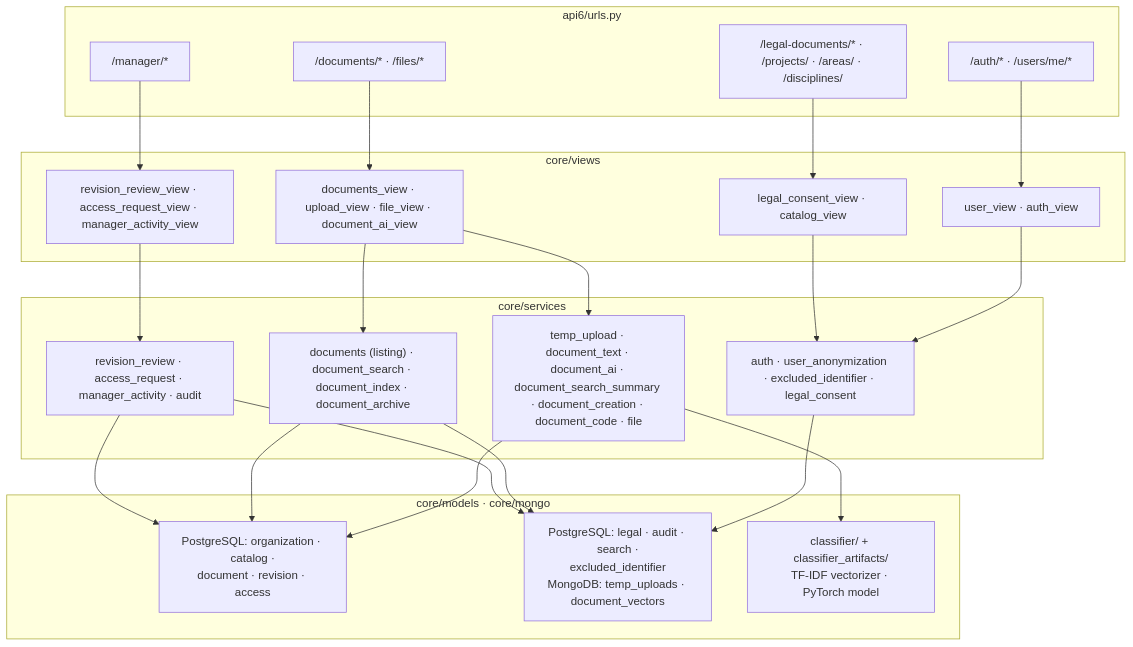
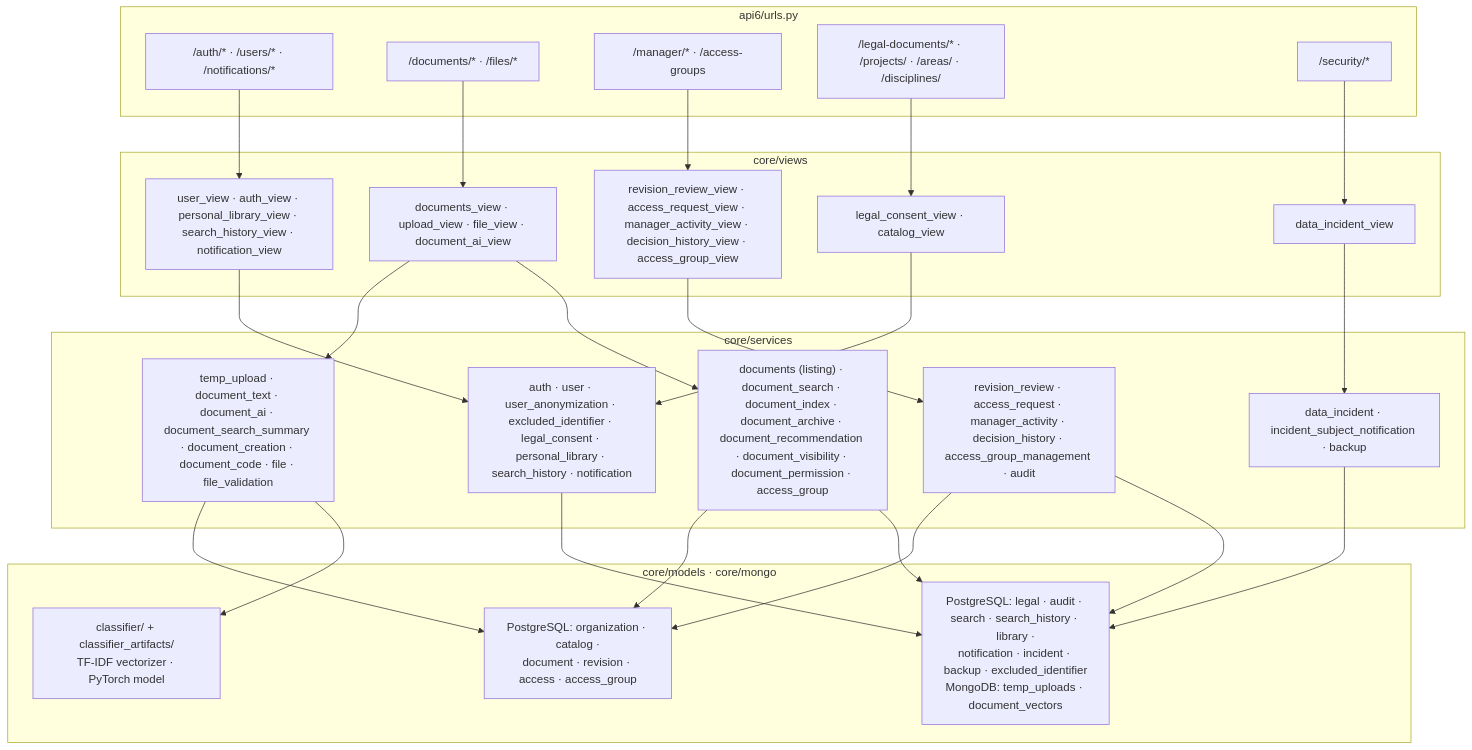
Before and after one commit to Pragma-Co/backend-indice: the diagram in docs/architecture/backend-modules.mmd, drawn with Mermaid. The commit also changed 8 other files, not shown here.

Commit message:
docs(#109): update architecture docs

```diff
--- a/docs/architecture/backend-modules.mmd
+++ b/docs/architecture/backend-modules.mmd
@@ -1,36 +1,41 @@
 flowchart TB
     subgraph Routes["api6/urls.py"]
-        R1["/auth/* · /users/me/*"]
+        R1["/auth/* · /users/* · /notifications/*"]
         R2["/documents/* · /files/*"]
-        R3["/manager/*"]
+        R3["/manager/* · /access-groups"]
         R4["/legal-documents/* · /projects/ · /areas/ · /disciplines/"]
+        R5["/security/*"]
     end
     subgraph ViewsLayer["core/views"]
-        V1["user_view · auth_view"]
+        V1["user_view · auth_view · personal_library_view · search_history_view · notification_view"]
         V2["documents_view · upload_view · file_view · document_ai_view"]
-        V3["revision_review_view · access_request_view · manager_activity_view"]
+        V3["revision_review_view · access_request_view · manager_activity_view · decision_history_view · access_group_view"]
         V4["legal_consent_view · catalog_view"]
+        V5["data_incident_view"]
     end
     subgraph ServicesLayer["core/services"]
-        S1["auth · user_anonymization · excluded_identifier · legal_consent"]
-        S2["temp_upload · document_text · document_ai · document_search_summary · document_creation · document_code · file"]
-        S3["documents (listing) · document_search · document_index · document_archive"]
-        S4["revision_review · access_request · manager_activity · audit"]
+        S1["auth · user · user_anonymization · excluded_identifier · legal_consent · personal_library · search_history · notification"]
+        S2["temp_upload · document_text · document_ai · document_search_summary · document_creation · document_code · file · file_validation"]
+        S3["documents (listing) · document_search · document_index · document_archive · document_recommendation · document_visibility · document_permission · access_group"]
+        S4["revision_review · access_request · manager_activity · decision_history · access_group_management · audit"]
+        S5["data_incident · incident_subject_notification · backup"]
     end
     subgraph ModelsLayer["core/models · core/mongo"]
-        M1["PostgreSQL: organization · catalog ·<br/>document · revision · access"]
-        M2["PostgreSQL: legal · audit · search ·<br/>excluded_identifier<br/>MongoDB: temp_uploads · document_vectors"]
+        M1["PostgreSQL: organization · catalog ·<br/>document · revision · access · access_group"]
+        M2["PostgreSQL: legal · audit · search · search_history · library ·<br/>notification · incident · backup · excluded_identifier<br/>MongoDB: temp_uploads · document_vectors"]
         ML["classifier/ + classifier_artifacts/<br/>TF-IDF vectorizer · PyTorch model"]
     end
     R1 --> V1 --> S1
     R2 --> V2 --> S2
     R3 --> V3 --> S4
     R4 --> V4 --> S1
+    R5 --> V5 --> S5
     V2 --> S3
     S1 --> M2
     S2 --> M1
     S2 --> ML
     S3 --> M1
     S3 --> M2
     S4 --> M1
     S4 --> M2
+    S5 --> M2
```
